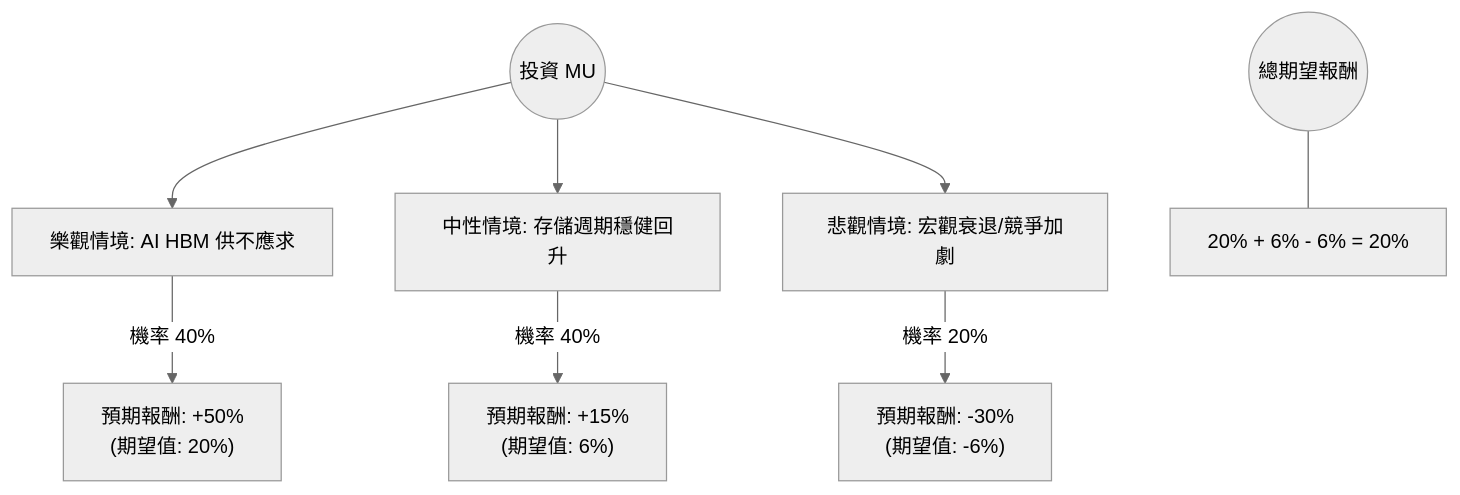
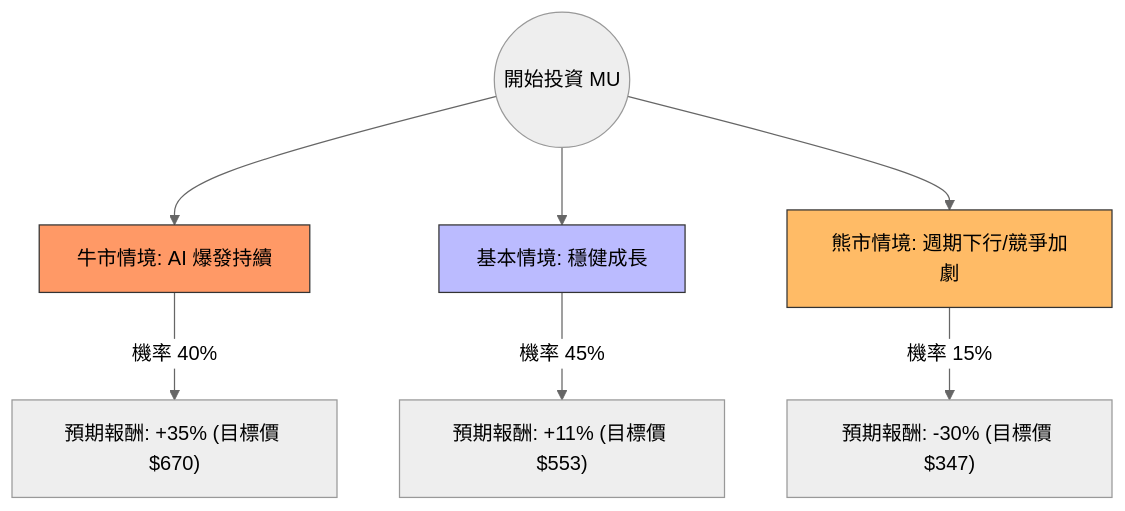
The diagram in plugin-react/ai-analysis/ev-analysis/MU.md (zmcx16/zmcx16.github.io), drawn with Mermaid (neutral theme) before and after one commit. The commit also changed other lines of this file and 81 other files, not shown here.

````diff
--- a/plugin-react/ai-analysis/ev-analysis/MU.md
+++ b/plugin-react/ai-analysis/ev-analysis/MU.md
@@ -14,12 +19,14 @@
 ```mermaid
 graph TD
-    Start((投資 MU)) --> Optimistic[樂觀情境: AI HBM 供不應求]
-    Start --> Neutral[中性情境: 存儲週期穩健回升]
-    Start --> Pessimistic[悲觀情境: 宏觀衰退/競爭加劇]
+    Start((開始投資 MU)) --> Bull[牛市情境: AI 爆發持續]
+    Start --> Base[基本情境: 穩健成長]
+    Start --> Bear[熊市情境: 週期下行/競爭加劇]
 
-    Optimistic -- "機率 40%" --> OptVal["預期報酬: +50% <br/> (期望值: 20%)"]
-    Neutral -- "機率 40%" --> NeuVal["預期報酬: +15% <br/> (期望值: 6%)"]
-    Pessimistic -- "機率 20%" --> PesVal["預期報酬: -30% <br/> (期望值: -6%)"]
+    Bull -- "機率 40%" --> Bull_Val["預期報酬: +35% (目標價 $670)"]
+    Base -- "機率 45%" --> Base_Val["預期報酬: +11% (目標價 $553)"]
+    Bear -- "機率 15%" --> Bear_Val["預期報酬: -30% (目標價 $347)"]
 
-    Total((總期望報酬)) --- Final["20% + 6% - 6% = 20%"]
+    style Bull fill:#f96,stroke:#333
+    style Base fill:#bbf,stroke:#333
+    style Bear fill:#fb6,stroke:#333
 ```
````
